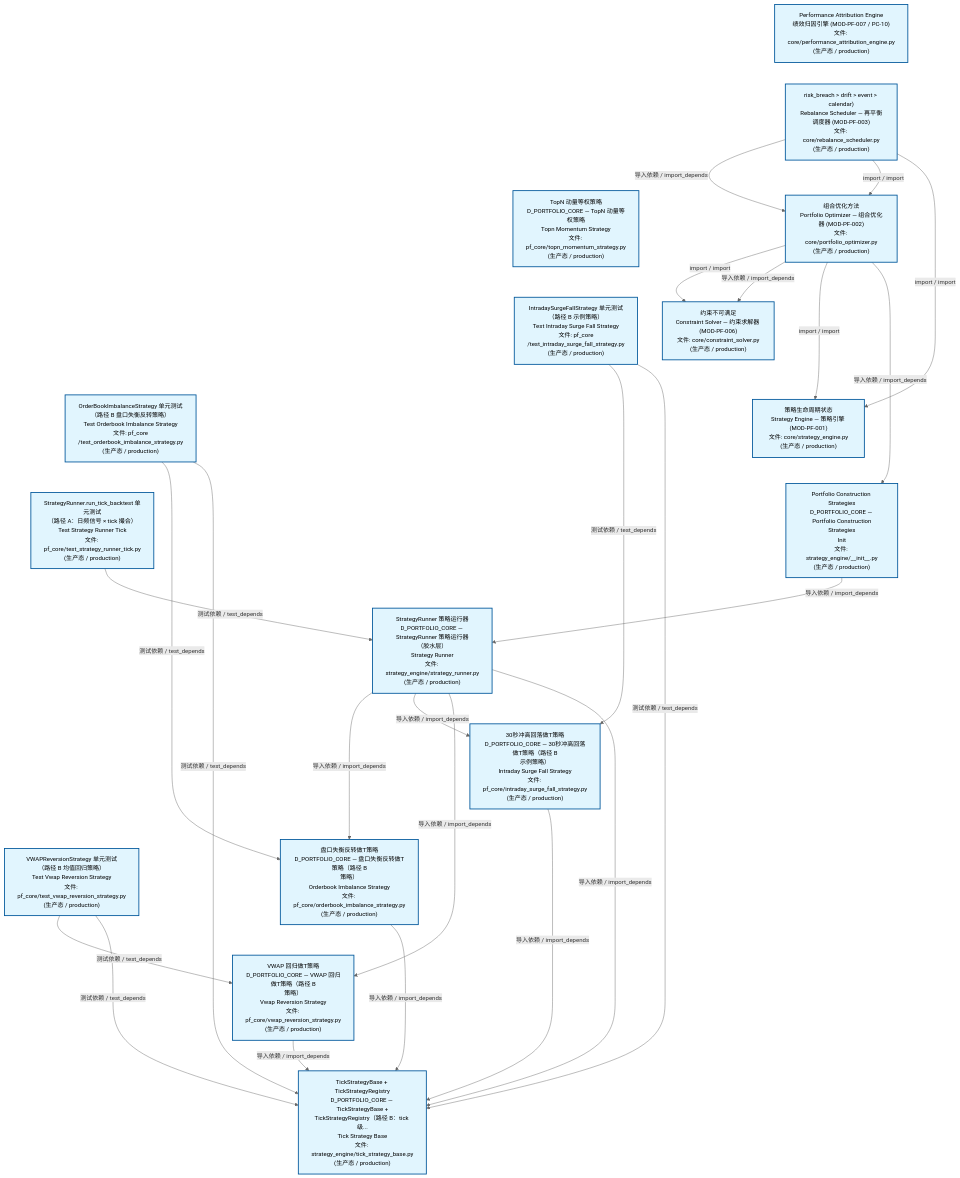
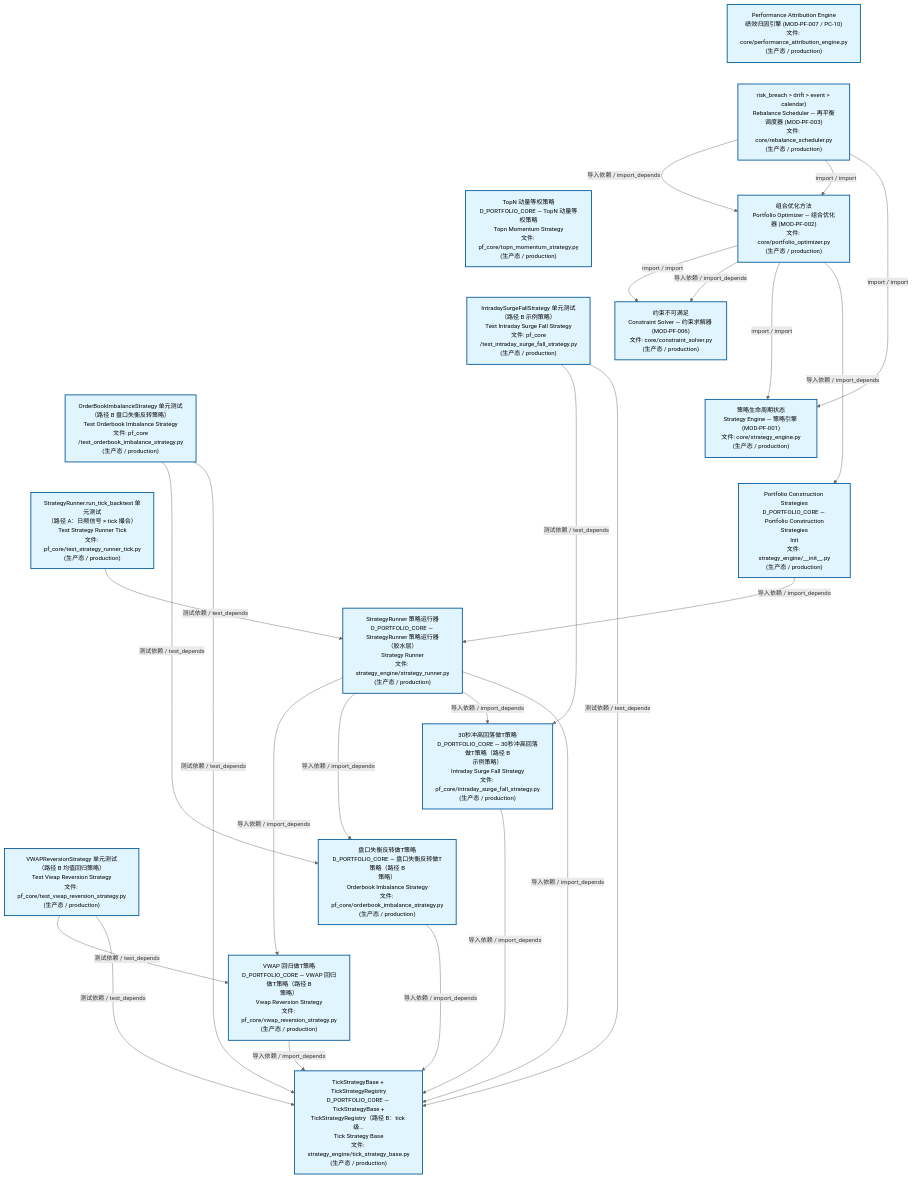
One commit to xuanFelixVan/ZephyrAlpha changed the second of 3 diagrams in docs/02_enterprise_architecture/02_domain_architecture_docs/63_d_pf_core.md. Above: the diagram before and after it, drawn with Mermaid. The commit also changed other lines of this file and 46 other files, not shown here.

````diff
--- a/docs/02_enterprise_architecture/02_domain_architecture_docs/63_d_pf_core.md
+++ b/docs/02_enterprise_architecture/02_domain_architecture_docs/63_d_pf_core.md
@@ -140,57 +140,57 @@
 ```mermaid
 %%{init: {'theme': 'base', 'themeVariables': {'primaryColor': '#eaeaea', 'primaryTextColor': '#333333', 'primaryBorderColor': '#666666', 'lineColor': '#666666', 'secondaryColor': '#eaeaea', 'tertiaryColor': '#eaeaea', 'fontSize': '14px'}}}%%
 flowchart TD
     src_zephyr_pf_core_core_performance_attribution_engine_py["Performance Attribution Engine<br/>绩效归因引擎 (MOD-PF-007 / PC-10)<br/>文件: core/performance_attribution_engine.py<br/>(生产态 / production)"]
     src_zephyr_pf_core_core_rebalance_scheduler_py["risk_breach > drift > event > calendar)<br/>Rebalance Scheduler — 再平衡调度器 (MOD-PF-003)<br/>文件: core/rebalance_scheduler.py<br/>(生产态 / production)"]
     src_zephyr_pf_core_topn_momentum_strategy_py["TopN 动量等权策略<br/>D_PORTFOLIO_CORE — TopN 动量等权策略<br/>Topn Momentum Strategy<br/>文件: pf_core/topn_momentum_strategy.py<br/>(生产态 / production)"]
     tests_pf_core_test_intraday_surge_fall_strategy_py["IntradaySurgeFallStrategy 单元测试<br/>（路径 B 示例策略）<br/>Test Intraday Surge Fall Strategy<br/>文件: pf_core<br/>/test_intraday_surge_fall_strategy.py<br/>(生产态 / production)"]
     tests_pf_core_test_orderbook_imbalance_strategy_py["OrderBookImbalanceStrategy 单元测试<br/>（路径 B 盘口失衡反转策略）<br/>Test Orderbook Imbalance Strategy<br/>文件: pf_core<br/>/test_orderbook_imbalance_strategy.py<br/>(生产态 / production)"]
     tests_pf_core_test_strategy_runner_tick_py["StrategyRunner.run_tick_backtest 单元测试<br/>（路径 A：日频信号 × tick 撮合）<br/>Test Strategy Runner Tick<br/>文件: pf_core/test_strategy_runner_tick.py<br/>(生产态 / production)"]
     tests_pf_core_test_vwap_reversion_strategy_py["VWAPReversionStrategy 单元测试<br/>（路径 B 均值回归策略）<br/>Test Vwap Reversion Strategy<br/>文件: pf_core/test_vwap_reversion_strategy.py<br/>(生产态 / production)"]
     src_zephyr_pf_core_core_performance_attribution_engine_py ~~~ src_zephyr_pf_core_core_rebalance_scheduler_py
     src_zephyr_pf_core_core_rebalance_scheduler_py ~~~ src_zephyr_pf_core_topn_momentum_strategy_py
     src_zephyr_pf_core_topn_momentum_strategy_py ~~~ tests_pf_core_test_intraday_surge_fall_strategy_py
     tests_pf_core_test_intraday_surge_fall_strategy_py ~~~ tests_pf_core_test_orderbook_imbalance_strategy_py
     tests_pf_core_test_orderbook_imbalance_strategy_py ~~~ tests_pf_core_test_strategy_runner_tick_py
     tests_pf_core_test_strategy_runner_tick_py ~~~ tests_pf_core_test_vwap_reversion_strategy_py
     src_zephyr_pf_core_core_portfolio_optimizer_py["组合优化方法<br/>Portfolio Optimizer — 组合优化器 (MOD-PF-002)<br/>文件: core/portfolio_optimizer.py<br/>(生产态 / production)"]
     src_zephyr_pf_core_core_constraint_solver_py["约束不可满足<br/>Constraint Solver — 约束求解器 (MOD-PF-006)<br/>文件: core/constraint_solver.py<br/>(生产态 / production)"]
     src_zephyr_pf_core_core_strategy_engine_py["策略生命周期状态<br/>Strategy Engine — 策略引擎 (MOD-PF-001)<br/>文件: core/strategy_engine.py<br/>(生产态 / production)"]
     src_zephyr_pf_core_strategy_engine_init_py["Portfolio Construction Strategies<br/>D_PORTFOLIO_CORE — Portfolio Construction<br/>Strategies<br/>Init<br/>文件: strategy_engine/__init__.py<br/>(生产态 / production)"]
     src_zephyr_pf_core_core_constraint_solver_py ~~~ src_zephyr_pf_core_core_strategy_engine_py
     src_zephyr_pf_core_core_strategy_engine_py ~~~ src_zephyr_pf_core_strategy_engine_init_py
     src_zephyr_pf_core_strategy_engine_strategy_runner_py["StrategyRunner 策略运行器<br/>D_PORTFOLIO_CORE — StrategyRunner 策略运行器<br/>（胶水层）<br/>Strategy Runner<br/>文件: strategy_engine/strategy_runner.py<br/>(生产态 / production)"]
     src_zephyr_pf_core_intraday_surge_fall_strategy_py["30秒冲高回落做T策略<br/>D_PORTFOLIO_CORE — 30秒冲高回落做T策略（路径 B<br/>示例策略）<br/>Intraday Surge Fall Strategy<br/>文件: pf_core/intraday_surge_fall_strategy.py<br/>(生产态 / production)"]
     src_zephyr_pf_core_orderbook_imbalance_strategy_py["盘口失衡反转做T策略<br/>D_PORTFOLIO_CORE — 盘口失衡反转做T策略（路径 B<br/>策略）<br/>Orderbook Imbalance Strategy<br/>文件: pf_core/orderbook_imbalance_strategy.py<br/>(生产态 / production)"]
     src_zephyr_pf_core_vwap_reversion_strategy_py["VWAP 回归做T策略<br/>D_PORTFOLIO_CORE — VWAP 回归做T策略（路径 B<br/>策略）<br/>Vwap Reversion Strategy<br/>文件: pf_core/vwap_reversion_strategy.py<br/>(生产态 / production)"]
     src_zephyr_pf_core_intraday_surge_fall_strategy_py ~~~ src_zephyr_pf_core_orderbook_imbalance_strategy_py
     src_zephyr_pf_core_orderbook_imbalance_strategy_py ~~~ src_zephyr_pf_core_vwap_reversion_strategy_py
     src_zephyr_pf_core_strategy_engine_tick_strategy_base_py["TickStrategyBase + TickStrategyRegistry<br/>D_PORTFOLIO_CORE — TickStrategyBase +<br/>TickStrategyRegistry（路径 B：tick 级...<br/>Tick Strategy Base<br/>文件: strategy_engine/tick_strategy_base.py<br/>(生产态 / production)"]
+    src_zephyr_pf_core_vwap_reversion_strategy_py -->|导入依赖 / import_depends| src_zephyr_pf_core_strategy_engine_tick_strategy_base_py
     src_zephyr_pf_core_orderbook_imbalance_strategy_py -->|导入依赖 / import_depends| src_zephyr_pf_core_strategy_engine_tick_strategy_base_py
     src_zephyr_pf_core_intraday_surge_fall_strategy_py -->|导入依赖 / import_depends| src_zephyr_pf_core_strategy_engine_tick_strategy_base_py
     src_zephyr_pf_core_core_portfolio_optimizer_py -->|import / import| src_zephyr_pf_core_core_constraint_solver_py
     src_zephyr_pf_core_core_portfolio_optimizer_py -->|导入依赖 / import_depends| src_zephyr_pf_core_core_constraint_solver_py
     src_zephyr_pf_core_core_portfolio_optimizer_py -->|import / import| src_zephyr_pf_core_core_strategy_engine_py
     src_zephyr_pf_core_core_portfolio_optimizer_py -->|导入依赖 / import_depends| src_zephyr_pf_core_strategy_engine_init_py
-    src_zephyr_pf_core_vwap_reversion_strategy_py -->|导入依赖 / import_depends| src_zephyr_pf_core_strategy_engine_tick_strategy_base_py
     src_zephyr_pf_core_core_rebalance_scheduler_py -->|导入依赖 / import_depends| src_zephyr_pf_core_core_portfolio_optimizer_py
     src_zephyr_pf_core_core_rebalance_scheduler_py -->|import / import| src_zephyr_pf_core_core_portfolio_optimizer_py
     src_zephyr_pf_core_core_rebalance_scheduler_py -->|import / import| src_zephyr_pf_core_core_strategy_engine_py
+    src_zephyr_pf_core_strategy_engine_strategy_runner_py -->|导入依赖 / import_depends| src_zephyr_pf_core_vwap_reversion_strategy_py
     src_zephyr_pf_core_strategy_engine_strategy_runner_py -->|导入依赖 / import_depends| src_zephyr_pf_core_orderbook_imbalance_strategy_py
     src_zephyr_pf_core_strategy_engine_strategy_runner_py -->|导入依赖 / import_depends| src_zephyr_pf_core_intraday_surge_fall_strategy_py
-    src_zephyr_pf_core_strategy_engine_strategy_runner_py -->|导入依赖 / import_depends| src_zephyr_pf_core_vwap_reversion_strategy_py
     src_zephyr_pf_core_strategy_engine_strategy_runner_py -->|导入依赖 / import_depends| src_zephyr_pf_core_strategy_engine_tick_strategy_base_py
     src_zephyr_pf_core_strategy_engine_init_py -->|导入依赖 / import_depends| src_zephyr_pf_core_strategy_engine_strategy_runner_py
     tests_pf_core_test_intraday_surge_fall_strategy_py -->|测试依赖 / test_depends| src_zephyr_pf_core_intraday_surge_fall_strategy_py
     tests_pf_core_test_intraday_surge_fall_strategy_py -->|测试依赖 / test_depends| src_zephyr_pf_core_strategy_engine_tick_strategy_base_py
     tests_pf_core_test_orderbook_imbalance_strategy_py -->|测试依赖 / test_depends| src_zephyr_pf_core_orderbook_imbalance_strategy_py
     tests_pf_core_test_orderbook_imbalance_strategy_py -->|测试依赖 / test_depends| src_zephyr_pf_core_strategy_engine_tick_strategy_base_py
     tests_pf_core_test_vwap_reversion_strategy_py -->|测试依赖 / test_depends| src_zephyr_pf_core_vwap_reversion_strategy_py
     tests_pf_core_test_vwap_reversion_strategy_py -->|测试依赖 / test_depends| src_zephyr_pf_core_strategy_engine_tick_strategy_base_py
     tests_pf_core_test_strategy_runner_tick_py -->|测试依赖 / test_depends| src_zephyr_pf_core_strategy_engine_strategy_runner_py
     classDef production fill:#e1f5fe,stroke:#01579b,stroke-width:2px,color:#000
     classDef design fill:#fff3e0,stroke:#e65100,stroke-width:2px,color:#000,stroke-dasharray: 5 5
     classDef external_prod fill:#e8f4fd,stroke:#0277bd,stroke-width:1px,color:#000
     classDef external_design fill:#fff8e7,stroke:#ef6c00,stroke-width:1px,color:#000,stroke-dasharray: 5 5
     class src_zephyr_pf_core_core_constraint_solver_py,src_zephyr_pf_core_core_performance_attribution_engine_py,src_zephyr_pf_core_core_portfolio_optimizer_py,src_zephyr_pf_core_core_rebalance_scheduler_py,src_zephyr_pf_core_core_strategy_engine_py,src_zephyr_pf_core_intraday_surge_fall_strategy_py,src_zephyr_pf_core_orderbook_imbalance_strategy_py,src_zephyr_pf_core_strategy_engine_init_py,src_zephyr_pf_core_strategy_engine_strategy_runner_py,src_zephyr_pf_core_strategy_engine_tick_strategy_base_py,src_zephyr_pf_core_topn_momentum_strategy_py,src_zephyr_pf_core_vwap_reversion_strategy_py,tests_pf_core_test_intraday_surge_fall_strategy_py,tests_pf_core_test_orderbook_imbalance_strategy_py,tests_pf_core_test_strategy_runner_tick_py,tests_pf_core_test_vwap_reversion_strategy_py production
 ```
````
